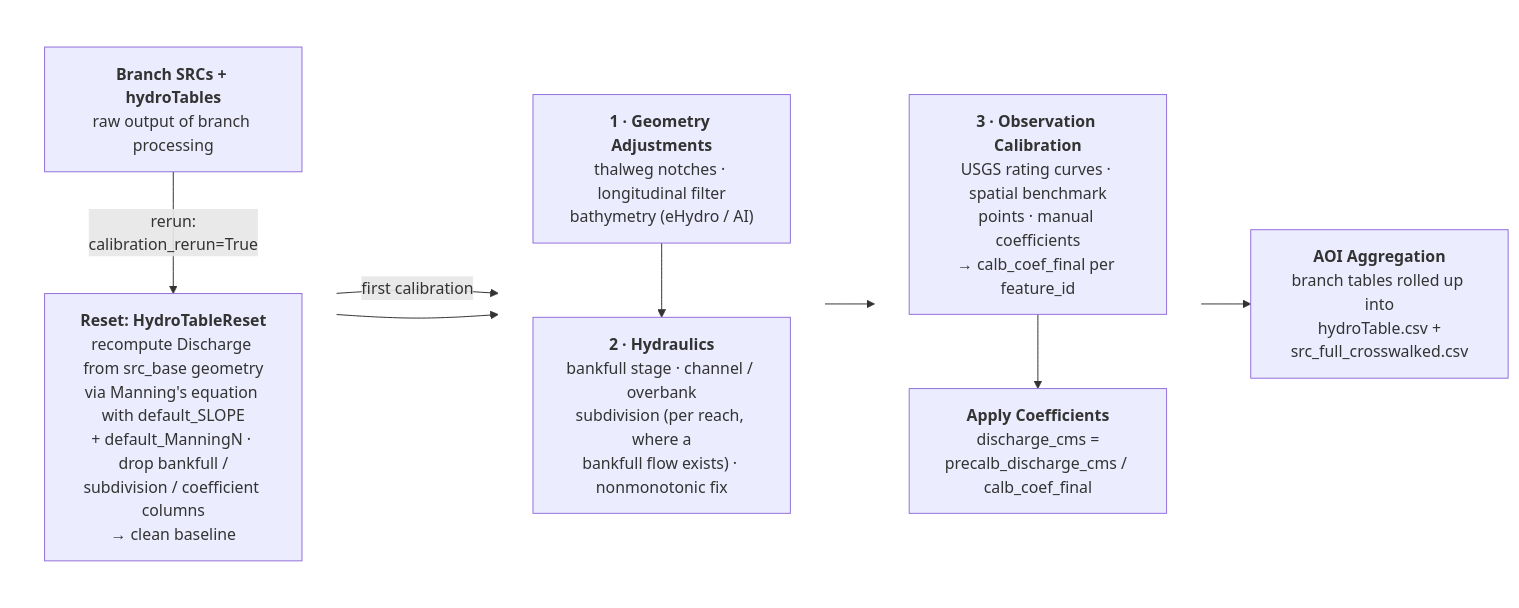
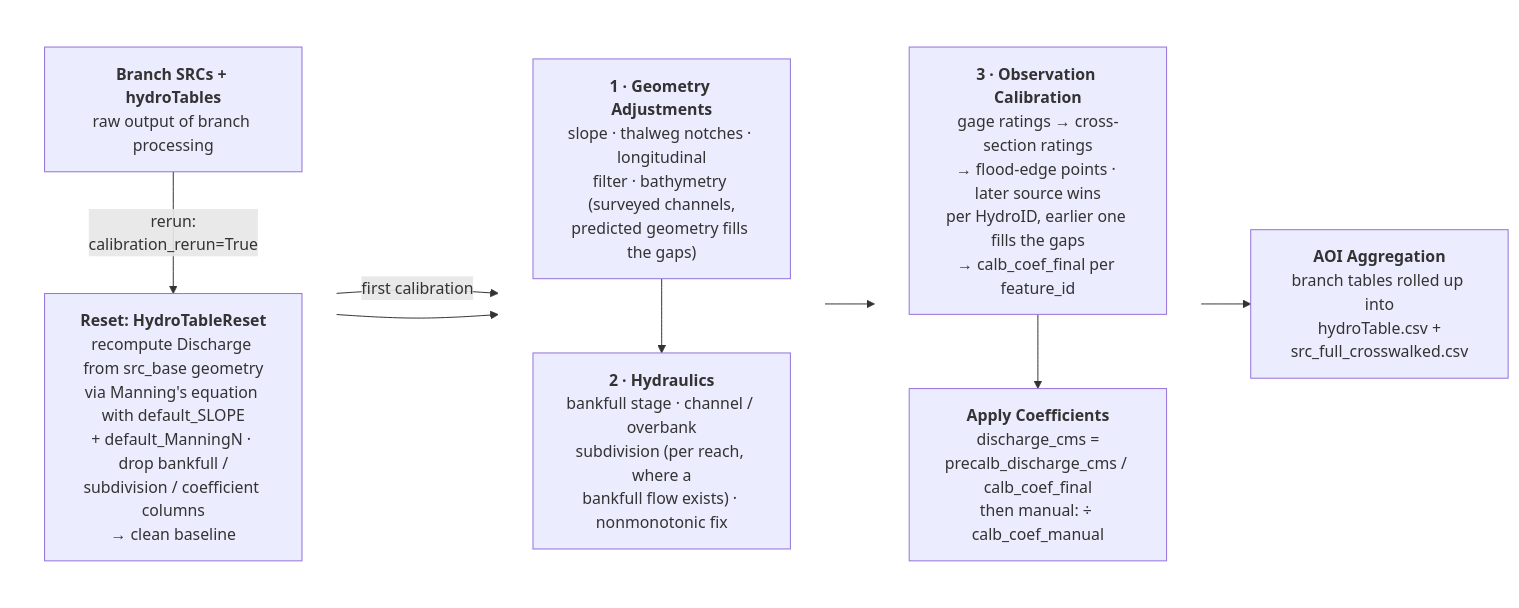
The diagram in workflows/calibrate_ratingcurve.mmd (sdmlua/fimbox), drawn with Mermaid before and after one commit. The commit also changed 52 other files, not shown here.

Commit message:
added all calibration methods, including channel bathymetry and observation manual point based

```diff
--- a/workflows/calibrate_ratingcurve.mmd
+++ b/workflows/calibrate_ratingcurve.mmd
@@ -1,27 +1,27 @@
 flowchart LR
     subgraph S1[" "]
         direction TB
         A["<b>Branch SRCs + hydroTables</b><br/>raw output of branch processing"]
         RST["<b>Reset: HydroTableReset</b><br/>recompute Discharge from src_base geometry<br/>via Manning's equation with default_SLOPE<br/>+ default_ManningN &middot; drop bankfull /<br/>subdivision / coefficient columns<br/>&rarr; clean baseline"]
         A -- "rerun:<br/>calibration_rerun=True" --> RST
     end
     subgraph S2[" "]
         direction TB
-        G["<b>1 &middot; Geometry Adjustments</b><br/>thalweg notches &middot; longitudinal filter<br/>bathymetry (eHydro / AI)"]
+        G["<b>1 &middot; Geometry Adjustments</b><br/>slope &middot; thalweg notches &middot; longitudinal<br/>filter &middot; bathymetry (surveyed channels,<br/>predicted geometry fills the gaps)"]
         H["<b>2 &middot; Hydraulics</b><br/>bankfull stage &middot; channel / overbank<br/>subdivision (per reach, where a<br/>bankfull flow exists) &middot; nonmonotonic fix"]
         G --> H
     end
     subgraph S3[" "]
         direction TB
-        O["<b>3 &middot; Observation Calibration</b><br/>USGS rating curves &middot; spatial benchmark<br/>points &middot; manual coefficients<br/>&rarr; calb_coef_final per feature_id"]
-        AP["<b>Apply Coefficients</b><br/>discharge_cms =<br/>precalb_discharge_cms / calb_coef_final"]
+        O["<b>3 &middot; Observation Calibration</b><br/>gage ratings &rarr; cross-section ratings<br/>&rarr; flood-edge points &middot; later source wins<br/>per HydroID, earlier one fills the gaps<br/>&rarr; calb_coef_final per feature_id"]
+        AP["<b>Apply Coefficients</b><br/>discharge_cms =<br/>precalb_discharge_cms / calb_coef_final<br/>then manual: &divide; calb_coef_manual"]
         O --> AP
     end
     AG["<b>AOI Aggregation</b><br/>branch tables rolled up into<br/>hydroTable.csv +<br/>src_full_crosswalked.csv"]
     A -- "first calibration" --> G
     RST --> G
     H --> O
     AP --> AG
     style S1 fill:none,stroke:none
     style S2 fill:none,stroke:none
     style S3 fill:none,stroke:none
```
